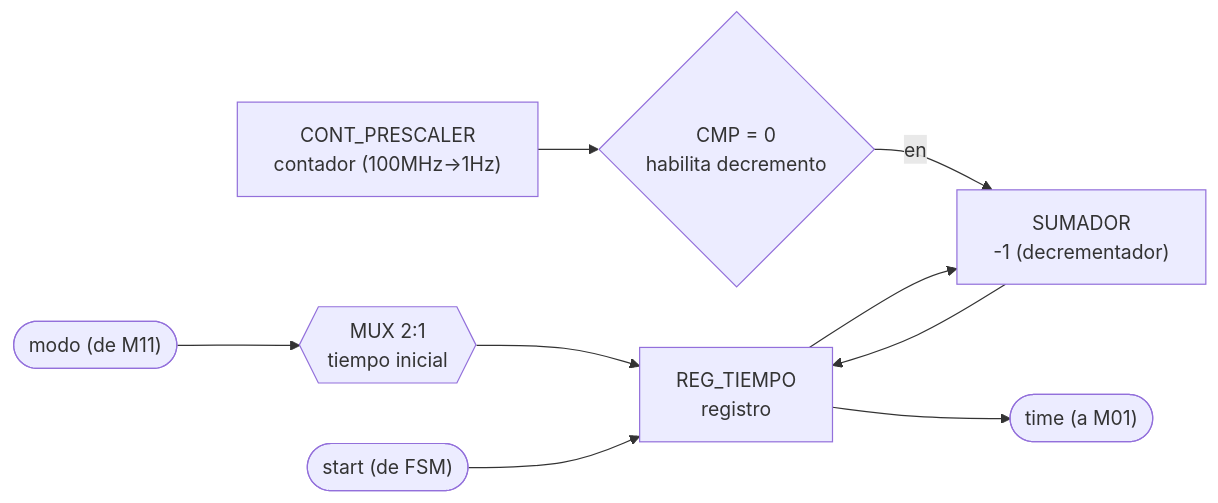
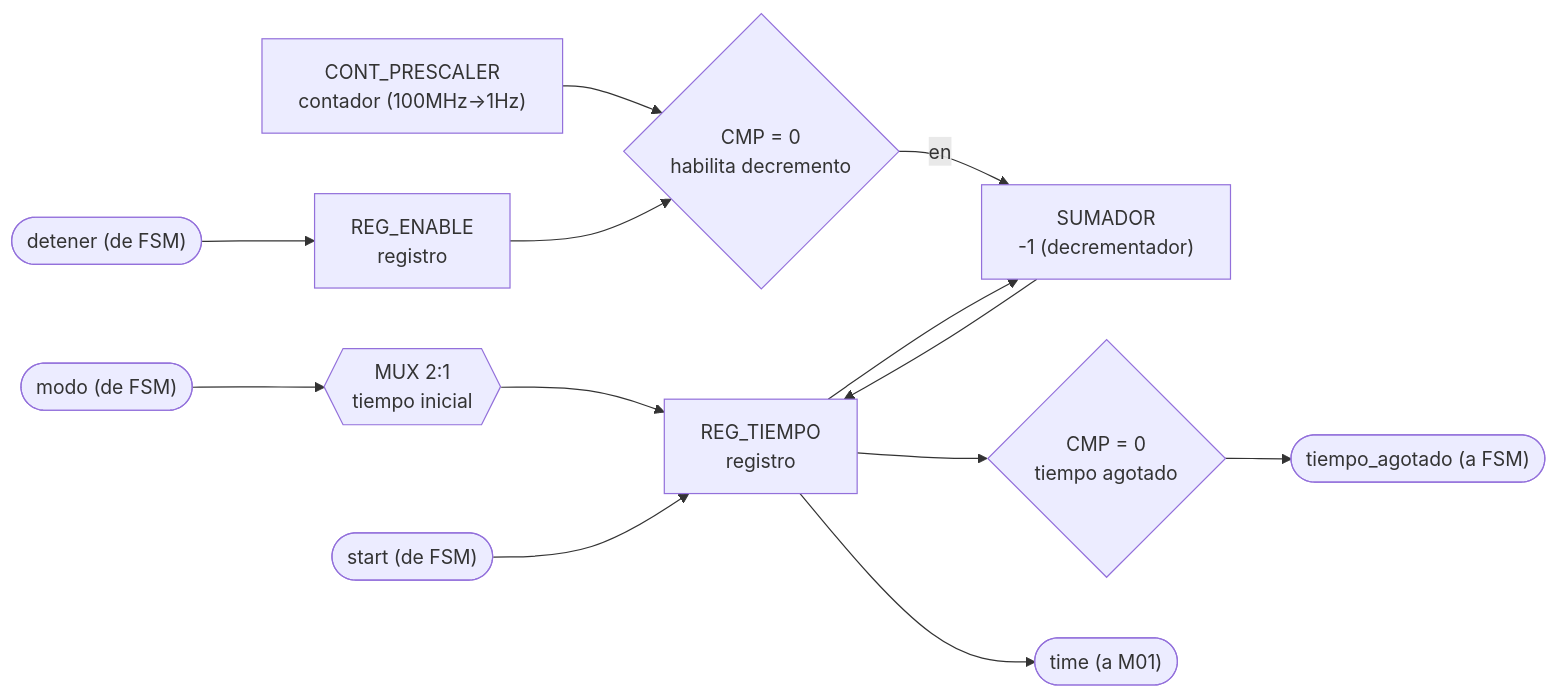
The fourth of 13 diagrams in docs/diseño/diagramas/nivel03.md (Taller-de-diseno-digital-GR01/Proyecto-2-Ahorcado), drawn with Mermaid before and after one commit. The commit also changed other lines of this file and 1 other file, not shown here.

````diff
--- a/docs/diseño/diagramas/nivel03.md
+++ b/docs/diseño/diagramas/nivel03.md
@@ -185,11 +205,15 @@
 ```mermaid
 flowchart LR
-    IN_MODO(["modo (de M11)"]) --> MUX1{{"MUX 2:1<br/>tiempo inicial"}}
+    IN_MODO(["modo (de FSM)"]) --> MUX1{{"MUX 2:1<br/>tiempo inicial"}}
     MUX1 --> REG_T["REG_TIEMPO<br/>registro"]
     IN_START(["start (de FSM)"]) --> REG_T
+    IN_STOP(["detener (de FSM)"]) --> REG_EN["REG_ENABLE<br/>registro"]
     CNT_PRE["CONT_PRESCALER<br/>contador (100MHz→1Hz)"] --> CMP1{"CMP = 0<br/>habilita decremento"}
+    REG_EN --> CMP1
     CMP1 -->|en| SUB1["SUMADOR<br/>-1 (decrementador)"]
     REG_T --> SUB1
     SUB1 --> REG_T
+    REG_T --> CMP2{"CMP = 0<br/>tiempo agotado"}
+    CMP2 --> OUT_FIN(["tiempo_agotado (a FSM)"])
     REG_T --> OUT_TIME(["time (a M01)"])
 ```
````
